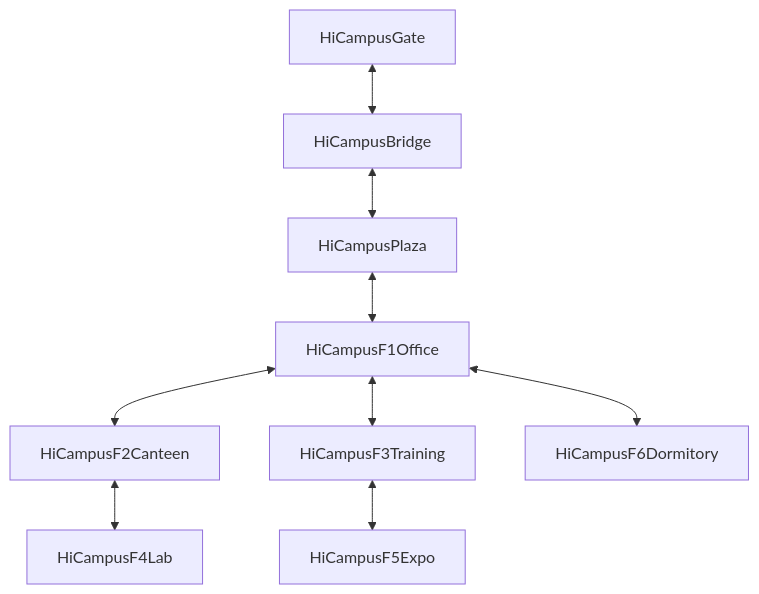
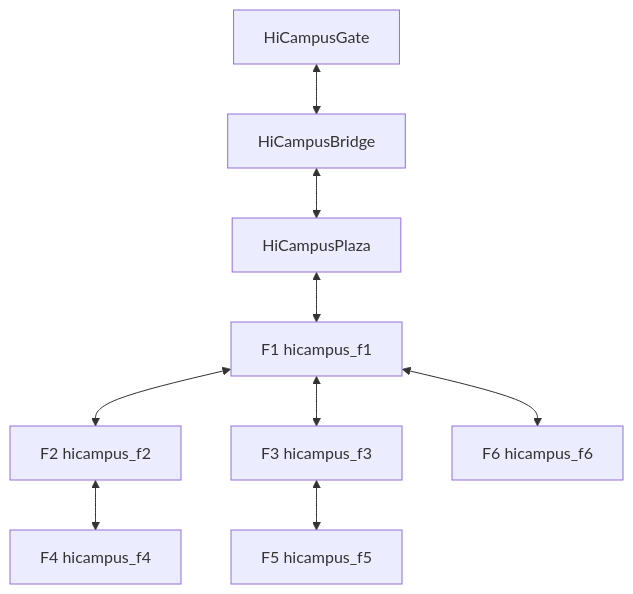
The second of 4 diagrams in campusworld/docs/games/hicampus/SPEC/SPEC.md (z00162835/campusworld), drawn with Mermaid before and after one commit. The commit also changed other lines of this file and 12 other files, not shown here.

First line of the commit message:
feat(hicampus): world data YAML, validator, topology and graph seed

````diff
--- a/campusworld/docs/games/hicampus/SPEC/SPEC.md
+++ b/campusworld/docs/games/hicampus/SPEC/SPEC.md
@@ -86,11 +85,11 @@
 ```mermaid
 flowchart TB
     gate[HiCampusGate] <--> bridge[HiCampusBridge]
     bridge <--> plaza[HiCampusPlaza]
-    plaza <--> f1[HiCampusF1Office]
-    f1 <--> f2[HiCampusF2Canteen]
-    f1 <--> f3[HiCampusF3Training]
-    f2 <--> f4[HiCampusF4Lab]
-    f3 <--> f5[HiCampusF5Expo]
-    f1 <--> f6[HiCampusF6Dormitory]
+    plaza <--> f1[F1 hicampus_f1]
+    f1 <--> f2[F2 hicampus_f2]
+    f1 <--> f3[F3 hicampus_f3]
+    f2 <--> f4[F4 hicampus_f4]
+    f3 <--> f5[F5 hicampus_f5]
+    f1 <--> f6[F6 hicampus_f6]
 ```
````
